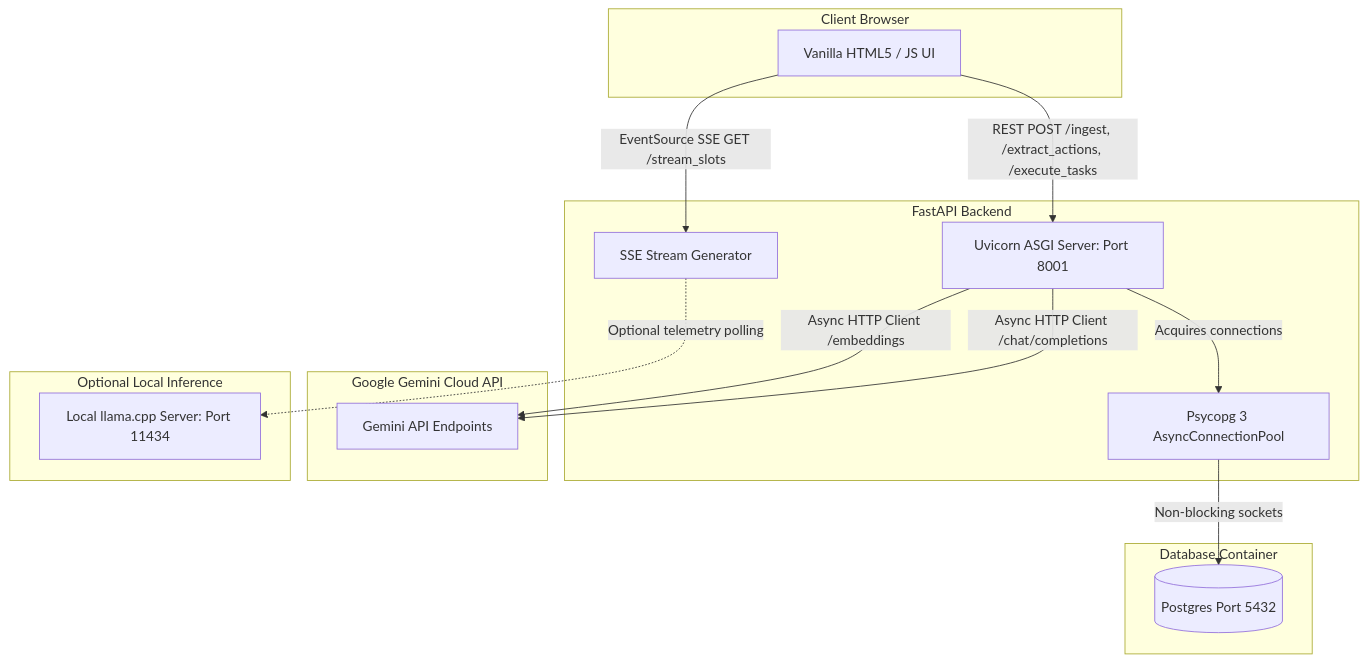
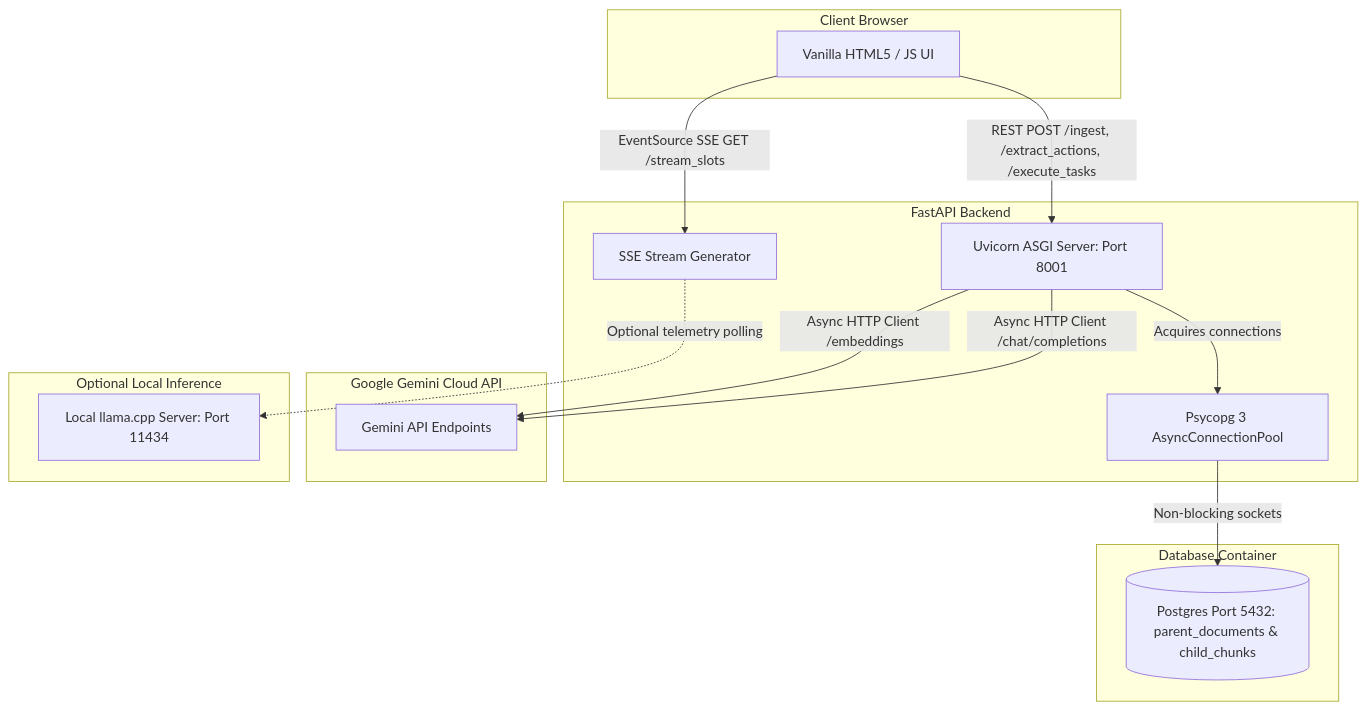
The second of 5 diagrams in architecture_documentation.md (jackxpeng/omniscribe), drawn with Mermaid before and after one commit. The commit also changed other lines of this file and 1 other file, not shown here.

Commit message:
feat: migrate RAG retrieval to decoupled Parent-Child (Small-to-Big) architecture

````diff
--- a/architecture_documentation.md
+++ b/architecture_documentation.md
@@ -35,32 +35,32 @@
 ```mermaid
 graph TB
     subgraph Client Browser [Client Browser]
         UI[Vanilla HTML5 / JS UI]
     end
 
     subgraph FastAPI Application Container [FastAPI Backend]
         API[Uvicorn ASGI Server: Port 8001]
         SSE[SSE Stream Generator]
         Pool[Psycopg 3 AsyncConnectionPool]
     end
 
     subgraph Persistence Layer [Database Container]
-        DB[(Postgres Port 5432)]
+        DB[(Postgres Port 5432: parent_documents & child_chunks)]
     end
 
     subgraph Cloud API [Google Gemini Cloud API]
         GeminiAPI[Gemini API Endpoints]
     end
 
     subgraph Optional Local Legacy [Optional Local Inference]
         LocalEngine[Local llama.cpp Server: Port 11434]
     end
 
     UI -->|REST POST /ingest, /extract_actions, /execute_tasks| API
     UI -->|EventSource SSE GET /stream_slots| SSE
     API -->|Async HTTP Client /embeddings| GeminiAPI
     API -->|Async HTTP Client /chat/completions| GeminiAPI
     SSE -.->|Optional telemetry polling| LocalEngine
     Pool -->|Non-blocking sockets| DB
     API -->|Acquires connections| Pool
 ```
````
